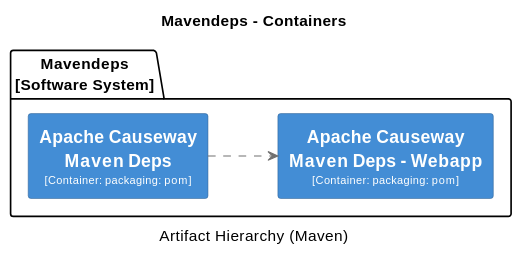
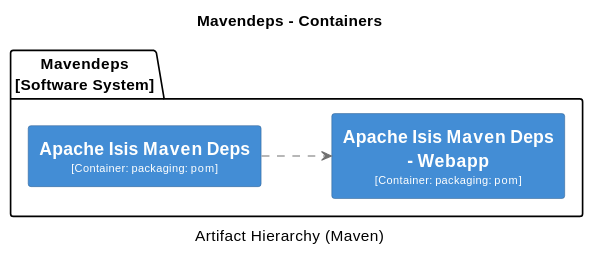
Before and after one commit to Supermajestcd/XMP--toolkits: the second of 32 diagrams in core/adoc/modules/_overview/pages/about.adoc, drawn with PlantUML. The commit also changed other lines of this file and 13599 other files, not shown here.

```diff
--- a/core/adoc/modules/_overview/pages/about.adoc
+++ b/core/adoc/modules/_overview/pages/about.adoc
@@ -52,32 +52,32 @@
 [plantuml,Mavendeps,svg]
 ----
 @startuml(id=Mavendeps)
 title Mavendeps - Containers
 caption Artifact Hierarchy (Maven)
 
 skinparam {
   shadowing false
   arrowFontSize 10
   defaultTextAlignment center
   wrapWidth 200
   maxMessageSize 100
 }
 hide stereotype
 left to right direction
 skinparam rectangle<<2>> {
   BackgroundColor #438dd5
   FontColor #fffffe
   BorderColor #2E6295
 }
 skinparam rectangle<<3>> {
   BackgroundColor #438dd5
   FontColor #fffffe
   BorderColor #2E6295
 }
 package "Mavendeps\n[Software System]" {
-  rectangle "==Apache Causeway Maven Deps\n<size:10>[Container: packaging: pom]</size>" <<2>> as 2
-  rectangle "==Apache Causeway Maven Deps - Webapp\n<size:10>[Container: packaging: pom]</size>" <<3>> as 3
+  rectangle "==Apache Isis Maven Deps\n<size:10>[Container: packaging: pom]</size>" <<2>> as 2
+  rectangle "==Apache Isis Maven Deps - Webapp\n<size:10>[Container: packaging: pom]</size>" <<3>> as 3
 }
 2 .[#707070].> 3 : ""
 @enduml
 ----
```
